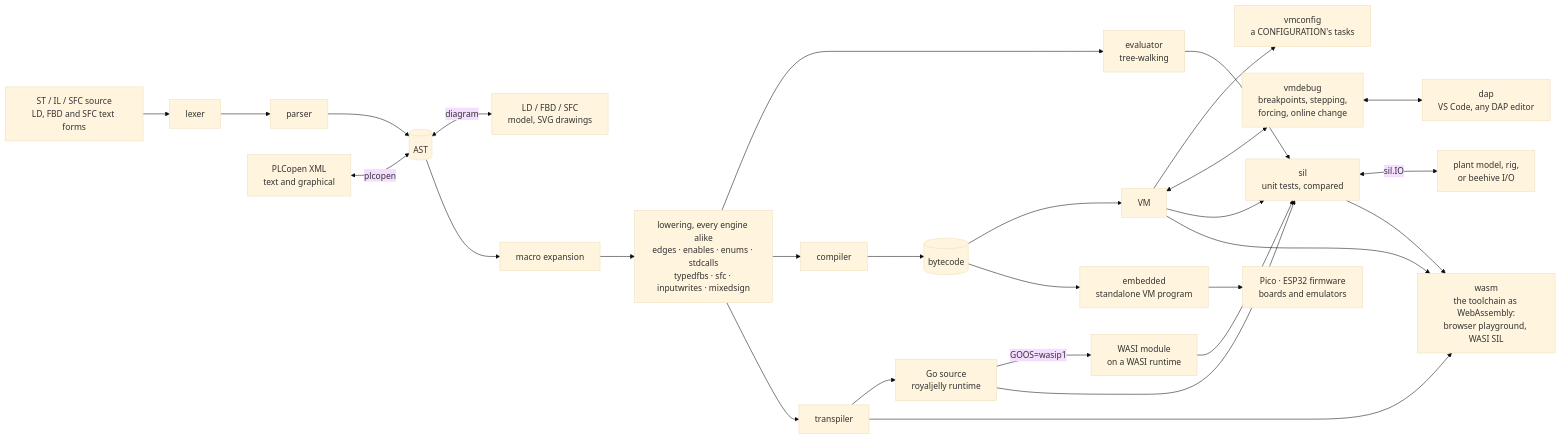
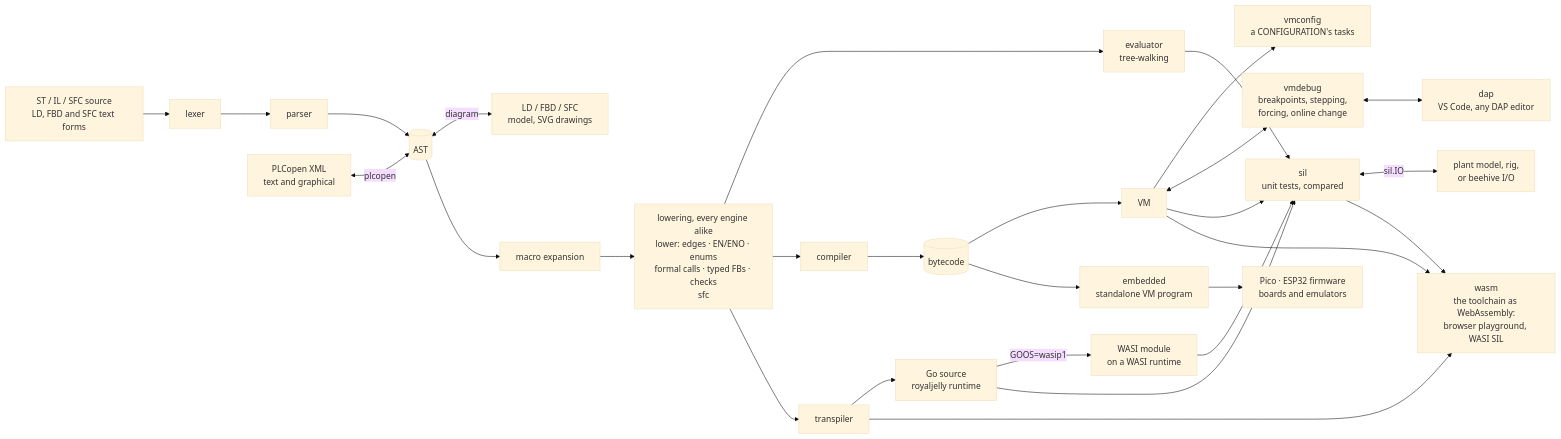
Before and after one commit to apiarytech/beedance: the diagram in doc/architecture.md, drawn with Mermaid (base theme). The commit also changed other lines of this file and 23 other files, not shown here.

````diff
--- a/doc/architecture.md
+++ b/doc/architecture.md
@@ -5,19 +5,19 @@
 ```mermaid
 flowchart LR
     src[ST / IL / SFC source<br/>LD, FBD and SFC text forms] --> lex[lexer] --> par[parser] --> ast[(AST)]
     xml[PLCopen XML<br/>text and graphical] <-->|plcopen| ast
     ast <-->|diagram| svg[LD / FBD / SFC<br/>model, SVG drawings]
     ast --> mac[macro expansion]
-    mac --> low[lowering, every engine alike<br/>edges · enables · enums · stdcalls<br/>typedfbs · sfc · inputwrites · mixedsign]
+    mac --> low[lowering, every engine alike<br/>lower: edges · EN/ENO · enums<br/>formal calls · typed FBs · checks<br/>sfc]
     low --> ev[evaluator<br/>tree-walking]
     low --> comp[compiler] --> bc[(bytecode)] --> vm[VM]
     low --> tr[transpiler] --> go[Go source<br/>royaljelly runtime]
     vm --> cfg[vmconfig<br/>a CONFIGURATION's tasks]
     vm <--> dbg[vmdebug<br/>breakpoints, stepping,<br/>forcing, online change] <--> dapn[dap<br/>VS Code, any DAP editor]
     bc --> emb[embedded<br/>standalone VM program]
     emb --> mcu[Pico · ESP32 firmware<br/>boards and emulators]
     go -->|GOOS=wasip1| wmod[WASI module<br/>on a WASI runtime]
     ev & vm & go & wmod --> sil[sil<br/>unit tests, compared]
     sil <-->|sil.IO| io[plant model, rig,<br/>or beehive I/O]
     sil & vm & tr --> wasm[wasm<br/>the toolchain as WebAssembly:<br/>browser playground, WASI SIL]
 ```
````
